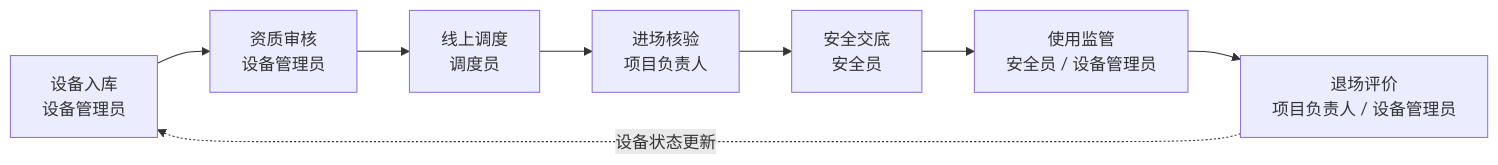
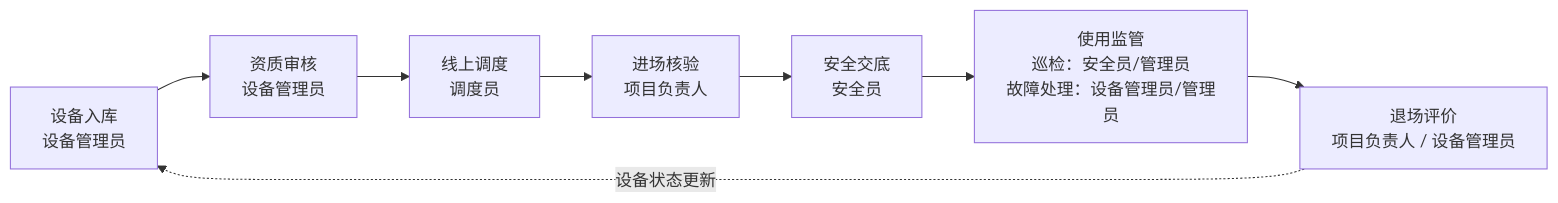
One commit to sketchp1ane/EquipmentRental changed the diagram in thesis-writing/chapters/ch3-requirements.md. Above: the diagram before and after it, drawn with Mermaid. The commit also changed other lines of this file and 5 other files, not shown here.

````diff
--- a/thesis-writing/chapters/ch3-requirements.md
+++ b/thesis-writing/chapters/ch3-requirements.md
@@ -70,10 +70,10 @@
 ```mermaid
 flowchart LR
     A[设备入库<br/>设备管理员] --> B[资质审核<br/>设备管理员]
     B --> C[线上调度<br/>调度员]
     C --> D[进场核验<br/>项目负责人]
     D --> E[安全交底<br/>安全员]
-    E --> F[使用监管<br/>安全员 / 设备管理员]
+    E --> F[使用监管<br/>巡检：安全员/管理员<br/>故障处理：设备管理员/管理员]
     F --> G[退场评价<br/>项目负责人 / 设备管理员]
     G -.设备状态更新.-> A
 ```
````
